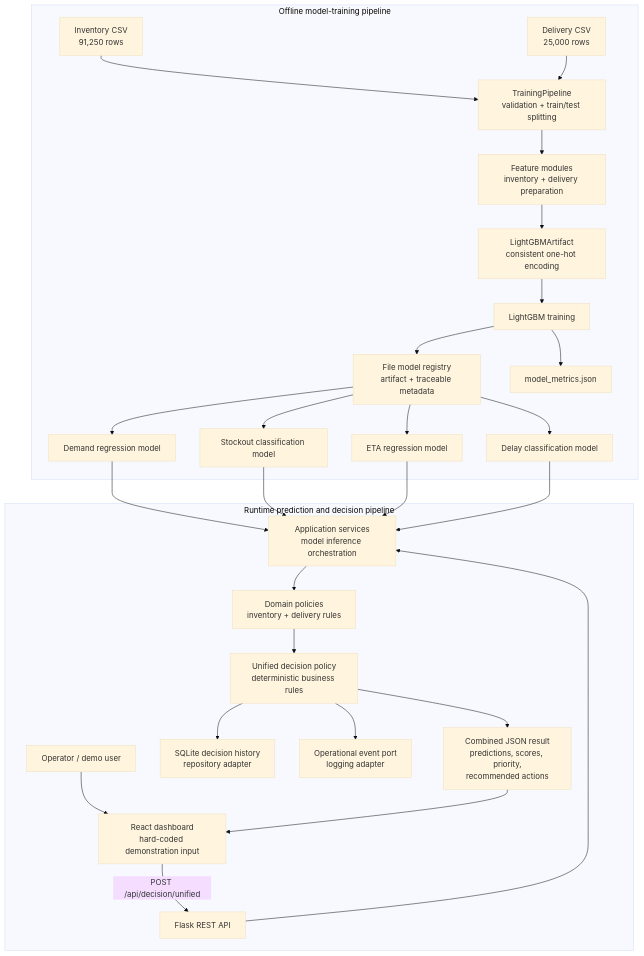
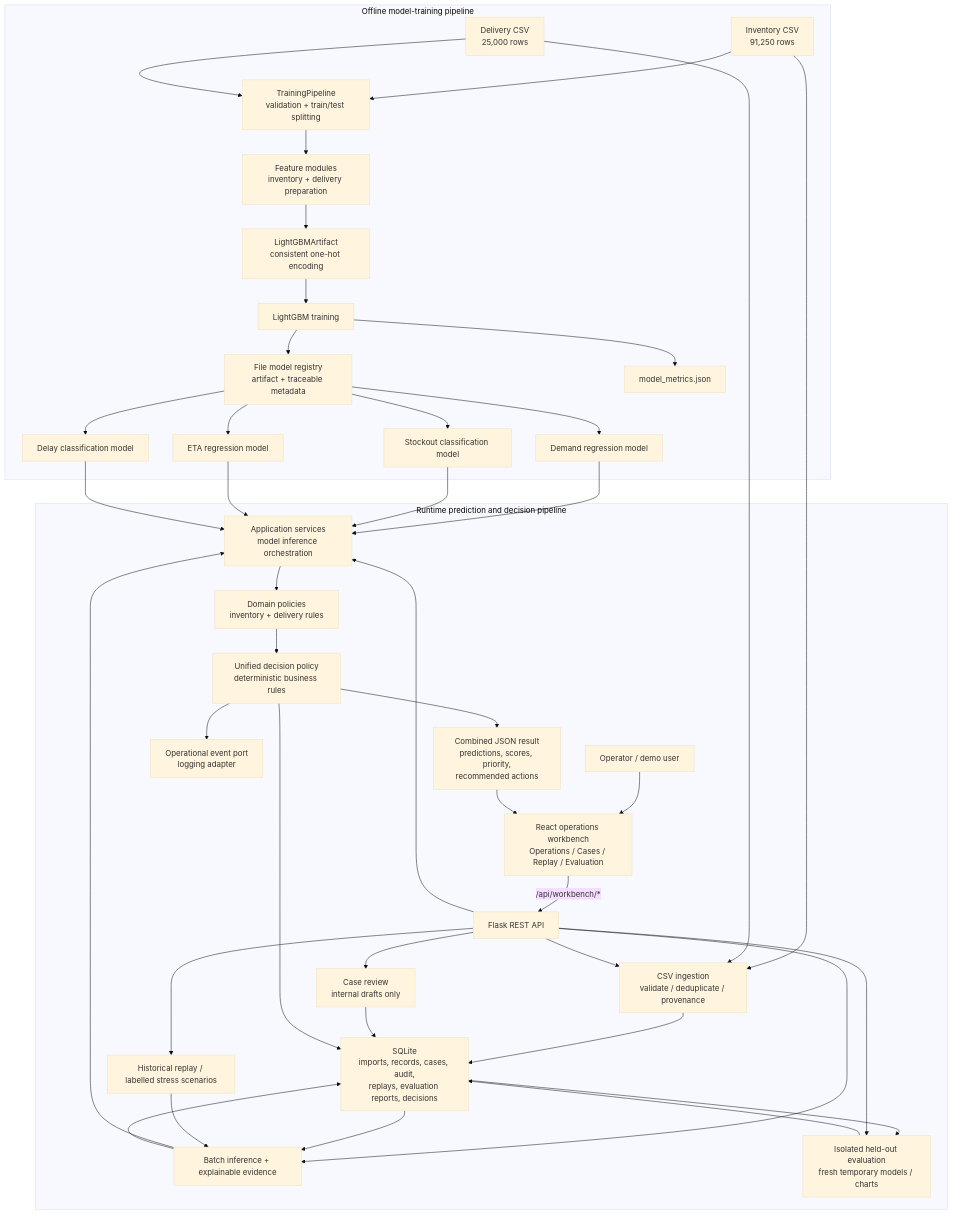
The first of 2 diagrams in README.md (Hariharann2004/AI-based-Unified-Inventory-and-Last-Mile-Delivery-Intelligence-Platform-for-Quick-Commerce), drawn with Mermaid (base theme) before and after one commit. The commit also changed other lines of this file and 28 other files, not shown here.

Commit message:
feat: phase 6 operations workbench with evidence charts and review flows

````diff
--- a/README.md
+++ b/README.md
@@ -68,53 +74,68 @@
 ```mermaid
 flowchart TB
     subgraph Training["Offline model-training pipeline"]
         ICSV["Inventory CSV<br/>91,250 rows"]
         DCSV["Delivery CSV<br/>25,000 rows"]
         TRAIN["TrainingPipeline<br/>validation + train/test splitting"]
         FEATURES["Feature modules<br/>inventory + delivery preparation"]
         ENCODE["LightGBMArtifact<br/>consistent one-hot encoding"]
         LGBM["LightGBM training"]
         REGISTRY["File model registry<br/>artifact + traceable metadata"]
         DM["Demand regression model"]
         SM["Stockout classification model"]
         EM["ETA regression model"]
         LM["Delay classification model"]
         METRICS["model_metrics.json"]
 
         ICSV --> TRAIN
         DCSV --> TRAIN
         TRAIN --> FEATURES --> ENCODE --> LGBM
         LGBM --> REGISTRY
         REGISTRY --> DM
         REGISTRY --> SM
         REGISTRY --> EM
         REGISTRY --> LM
         LGBM --> METRICS
     end
 
     subgraph Runtime["Runtime prediction and decision pipeline"]
         USER["Operator / demo user"]
-        REACT["React dashboard<br/>hard-coded demonstration input"]
+        REACT["React operations workbench<br/>Operations / Cases / Replay / Evaluation"]
         API["Flask REST API"]
         APP["Application services<br/>model inference orchestration"]
         DOMAIN["Domain policies<br/>inventory + delivery rules"]
         RULES["Unified decision policy<br/>deterministic business rules"]
-        DB["SQLite decision history<br/>repository adapter"]
+        DB["SQLite<br/>imports, records, cases, audit,<br/>replays, evaluation reports, decisions"]
+        INGEST["CSV ingestion<br/>validate / deduplicate / provenance"]
+        BATCH["Batch inference + explainable evidence"]
+        REPLAY["Historical replay / labelled stress scenarios"]
+        REVIEW["Case review<br/>internal drafts only"]
+        EVAL["Isolated held-out evaluation<br/>fresh temporary models / charts"]
         EVENTS["Operational event port<br/>logging adapter"]
         RESPONSE["Combined JSON result<br/>predictions, scores, priority,<br/>recommended actions"]
 
         USER --> REACT
-        REACT -->|"POST /api/decision/unified"| API
+        REACT -->|"/api/workbench/*"| API
+        ICSV --> INGEST
+        DCSV --> INGEST
+        API --> INGEST --> DB
+        API --> BATCH --> APP
+        DB --> BATCH
+        API --> REPLAY --> BATCH
+        BATCH --> DB
+        API --> REVIEW --> DB
+        DB --> EVAL
+        API --> EVAL --> DB
         API --> APP
         DM --> APP
         SM --> APP
         EM --> APP
         LM --> APP
         APP --> DOMAIN
         DOMAIN --> RULES
         RULES --> DB
         RULES --> EVENTS
         RULES --> RESPONSE
         RESPONSE --> REACT
     end
 ```
````
